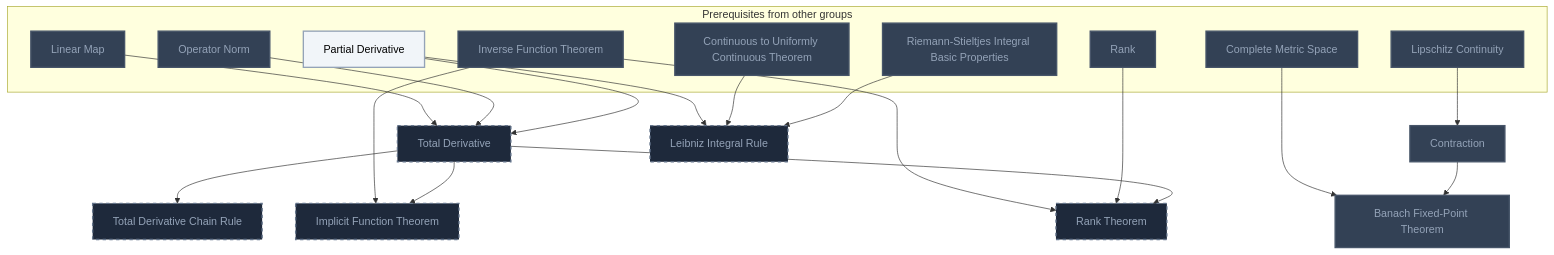
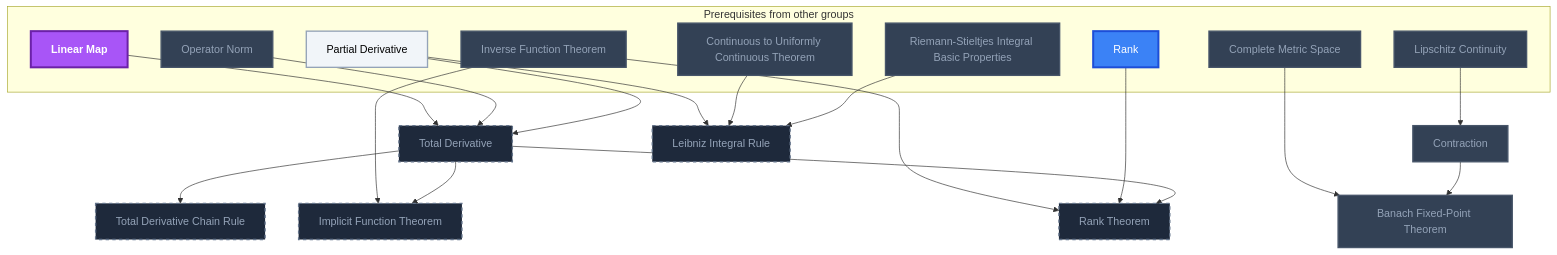
One commit to MRauf1/My-Notes changed diagram 15 of 22 in Gamification/Skill Trees/Real Analysis.md. Above: the diagram before and after it, drawn with Mermaid. The commit also changed other lines of this file and 57 other files, not shown here.

````diff
--- a/Gamification/Skill Trees/Real Analysis.md
+++ b/Gamification/Skill Trees/Real Analysis.md
@@ -1228,49 +1229,51 @@
 ```mermaid
 flowchart TD
     classDef planned fill:#1E293B,stroke:#64748B,stroke-width:2px,stroke-dasharray:5 5,color:#94A3B8;
     classDef locked fill:#334155,stroke:#475569,stroke-width:2px,color:#94A3B8;
     classDef L0 fill:#F1F5F9,stroke:#94A3B8,stroke-width:2px,color:#000000;
     classDef L1 fill:#22C55E,stroke:#15803D,stroke-width:2px,color:#000000;
     classDef L2 fill:#3B82F6,stroke:#1D4ED8,stroke-width:3px,color:#FFFFFF;
     classDef L3 fill:#A855F7,stroke:#6B21A8,stroke-width:3px,color:#FFFFFF,font-weight:bold;
     classDef L4 fill:#F97316,stroke:#C2410C,stroke-width:4px,color:#000000,font-weight:bold;
     classDef L5 fill:#FFD700,stroke:#FF8C00,stroke-width:5px,color:#000000,font-weight:bold;
     classDef rusty stroke:#8B4513,stroke-width:4px,stroke-dasharray:3 3;
     subgraph sg_prereqs["Prerequisites from other groups"]
         n_linear_map["Linear Map"]
         n_operator_norm["Operator Norm"]
         n_partial_derivative["Partial Derivative"]
         n_lipschitz_continuity["Lipschitz Continuity"]
         n_complete_metric_space["Complete Metric Space"]
         n_inverse_function_theorem["Inverse Function Theorem"]
         n_rank["Rank"]
         n_continuous_to_uniformly_continuous_theorem["Continuous to Uniformly Continuous Theorem"]
         n_riemann_stieltjes_integral_basic_properties["Riemann-Stieltjes Integral Basic Properties"]
     end
     n_total_derivative["Total Derivative"]
     n_total_derivative_chain_rule["Total Derivative Chain Rule"]
     n_contraction["Contraction"]
     n_banach_fixed_point_theorem["Banach Fixed-Point Theorem"]
     n_implicit_function_theorem["Implicit Function Theorem"]
     n_rank_theorem["Rank Theorem"]
     n_leibniz_integral_rule["Leibniz Integral Rule"]
     n_linear_map --> n_total_derivative
     n_operator_norm --> n_total_derivative
     n_partial_derivative --> n_total_derivative
     n_total_derivative --> n_total_derivative_chain_rule
     n_lipschitz_continuity --> n_contraction
     n_complete_metric_space --> n_banach_fixed_point_theorem
     n_contraction --> n_banach_fixed_point_theorem
     n_inverse_function_theorem --> n_implicit_function_theorem
     n_total_derivative --> n_implicit_function_theorem
     n_inverse_function_theorem --> n_rank_theorem
     n_rank --> n_rank_theorem
     n_total_derivative --> n_rank_theorem
     n_partial_derivative --> n_leibniz_integral_rule
     n_continuous_to_uniformly_continuous_theorem --> n_leibniz_integral_rule
     n_riemann_stieltjes_integral_basic_properties --> n_leibniz_integral_rule
     class n_total_derivative,n_total_derivative_chain_rule,n_implicit_function_theorem,n_rank_theorem,n_leibniz_integral_rule planned;
-    class n_linear_map,n_operator_norm,n_lipschitz_continuity,n_complete_metric_space,n_inverse_function_theorem,n_rank,n_continuous_to_uniformly_continuous_theorem,n_riemann_stieltjes_integral_basic_properties,n_contraction,n_banach_fixed_point_theorem locked;
+    class n_operator_norm,n_lipschitz_continuity,n_complete_metric_space,n_inverse_function_theorem,n_continuous_to_uniformly_continuous_theorem,n_riemann_stieltjes_integral_basic_properties,n_contraction,n_banach_fixed_point_theorem locked;
     class n_partial_derivative L0;
+    class n_rank L2;
+    class n_linear_map L3;
     class n_linear_map,n_operator_norm,n_partial_derivative,n_lipschitz_continuity,n_complete_metric_space,n_inverse_function_theorem,n_rank,n_continuous_to_uniformly_continuous_theorem,n_riemann_stieltjes_integral_basic_properties,n_contraction,n_banach_fixed_point_theorem internal-link;
 ```
````
